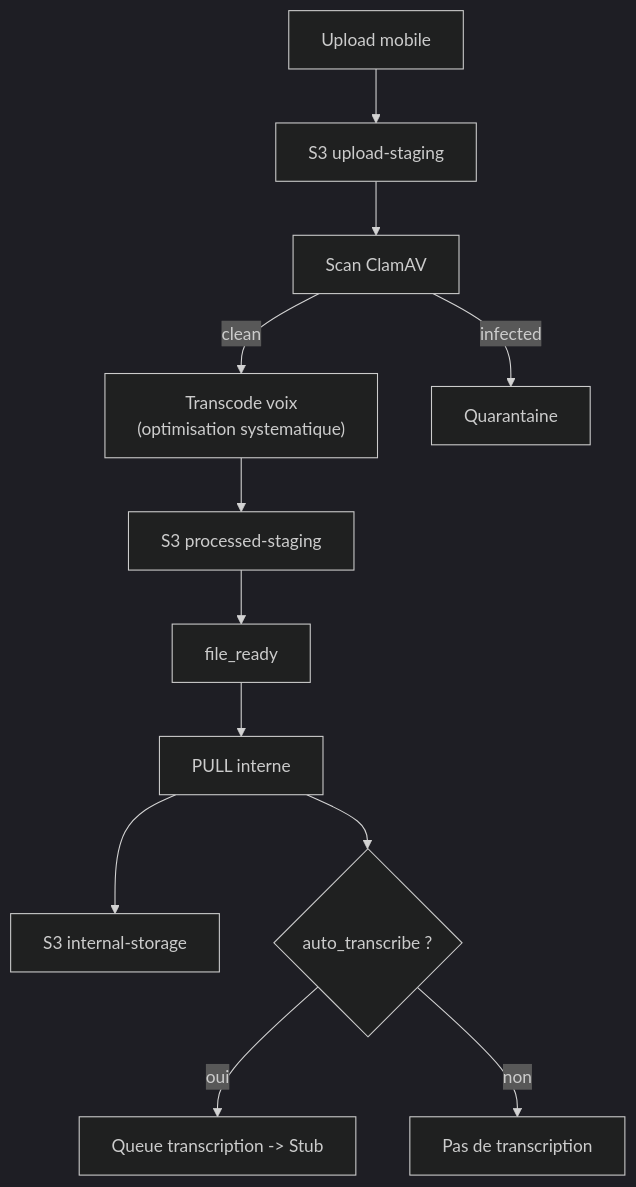
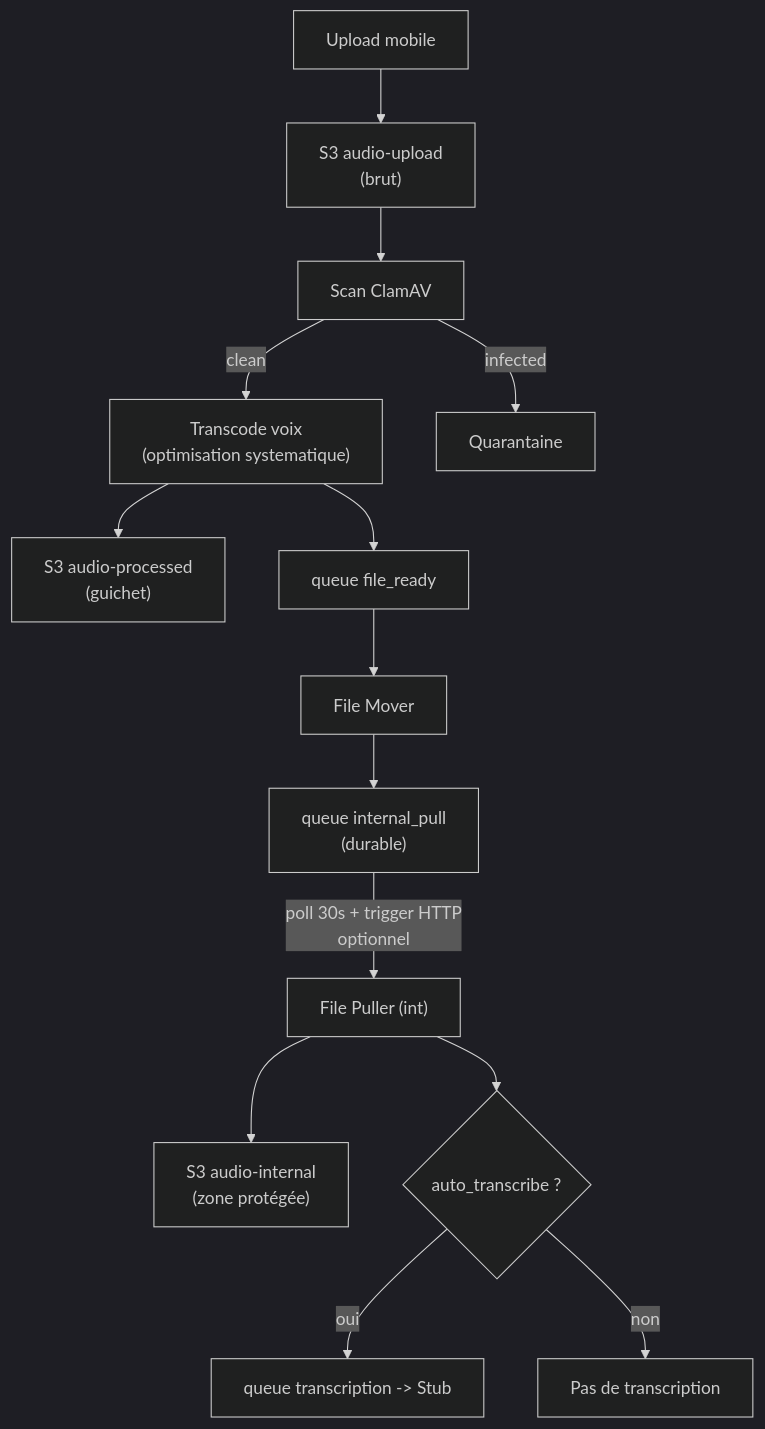
One commit to IA-Generative/mirai-mesreunions changed the fifth of 6 diagrams in docs/ARCHITECTURE.md. Above: the diagram before and after it, drawn with Mermaid (dark theme). The commit also changed other lines of this file and 13 other files, not shown here.

First line of the commit message:
feat(pipeline): cross-cluster pull notification via durable queue + optional HTTP trigger (#4)

````diff
--- a/docs/ARCHITECTURE.md
+++ b/docs/ARCHITECTURE.md
@@ -90,11 +200,15 @@
 ```mermaid
 flowchart TD
-  U["Upload mobile"] --> S3U["S3 upload-staging"] --> AV["Scan ClamAV"]
+  U["Upload mobile"] --> S3U["S3 audio-upload\n(brut)"] --> AV["Scan ClamAV"]
   AV -->|"clean"| TR["Transcode voix\n(optimisation systematique)"]
   AV -->|"infected"| Q["Quarantaine"]
-  TR --> S3P["S3 processed-staging"]
-  S3P --> FM["file_ready"] --> FP["PULL interne"] --> S3I["S3 internal-storage"]
+  TR --> S3P["S3 audio-processed\n(guichet)"]
+  TR --> QFR["queue file_ready"]
+  QFR --> FM["File Mover"]
+  FM --> QIP["queue internal_pull\n(durable)"]
+  QIP -->|"poll 30s + trigger HTTP\noptionnel"| FP["File Puller (int)"]
+  FP --> S3I["S3 audio-internal\n(zone protégée)"]
   FP --> CHK{"auto_transcribe ?"}
-  CHK -->|"oui"| STT["Queue transcription -> Stub"]
+  CHK -->|"oui"| STT["queue transcription -> Stub"]
   CHK -->|"non"| SKIP["Pas de transcription"]
 ```
````
